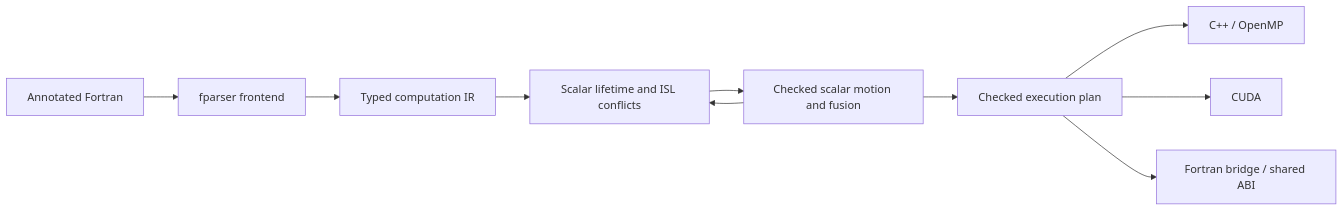
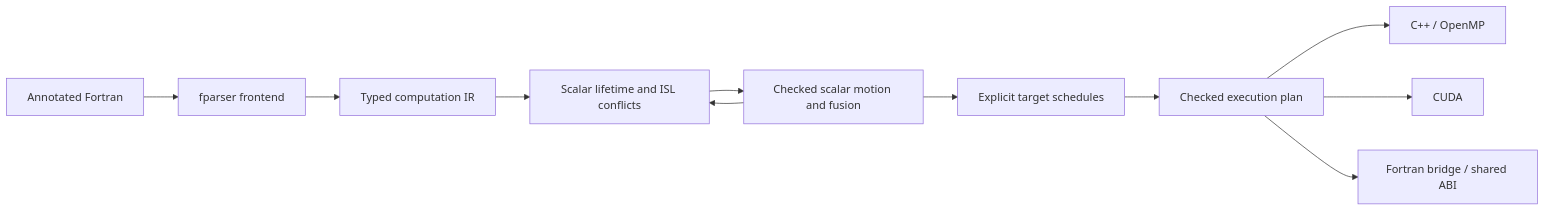
The diagram in compiler/README.md (jiriklepl/fortran-to-cuda), drawn with Mermaid before and after one commit. The commit also changed other lines of this file and 12 other files, not shown here.

Commit message:
add explicit schedules and spatial tiling

````diff
--- a/compiler/README.md
+++ b/compiler/README.md
@@ -7,12 +7,13 @@
 ```mermaid
 flowchart LR
     F[Annotated Fortran] --> P[fparser frontend]
     P --> I[Typed computation IR]
     I --> A[Scalar lifetime and ISL conflicts]
     A --> T[Checked scalar motion and fusion]
     T --> A
-    T --> E[Checked execution plan]
+    T --> S[Explicit target schedules]
+    S --> E[Checked execution plan]
     E --> C[C++ / OpenMP]
     E --> G[CUDA]
     E --> B[Fortran bridge / shared ABI]
 ```
````
